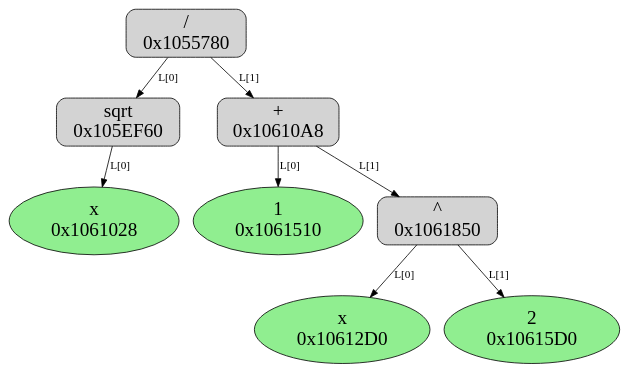
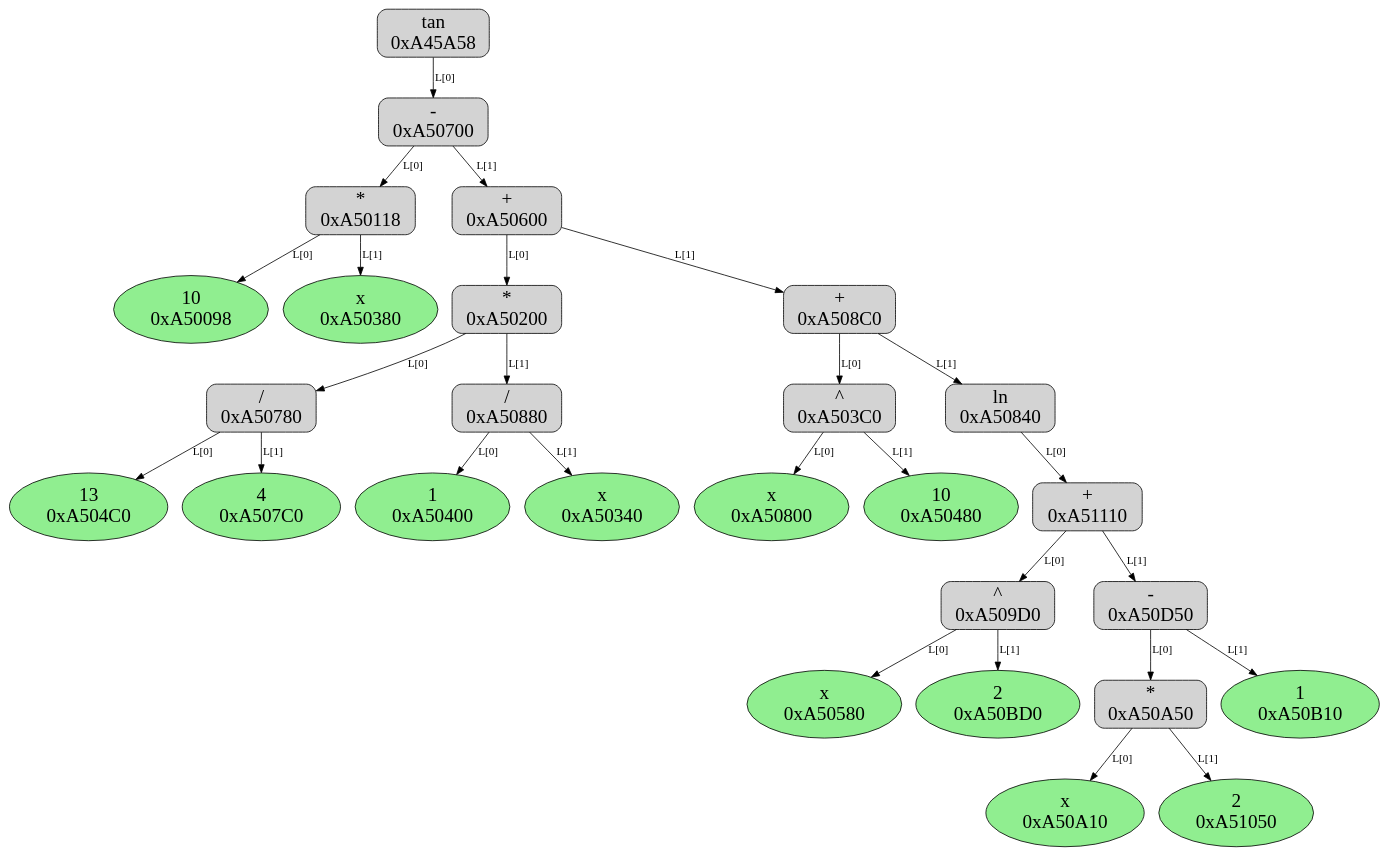
Before and after one commit to Nechda/Techno_track: the diagram in Differentiator/originalTree.dot, drawn with Graphviz. The commit also changed 10 other files, not shown here.

```diff
--- a/Differentiator/originalTree.dot
+++ b/Differentiator/originalTree.dot
@@ -1,41 +1,136 @@
 digraph{
 node [color = "black", fontsize = 24, shape = "box", style = "filled, rounded", fillcolor = "lightgray"]
 edge [color = "black", fontsize = 24]
+"10
+0xA50098" [shape = "ellipse", fillcolor = "lightgreen"] 
 "x
-0x1061028" [shape = "ellipse", fillcolor = "lightgreen"] 
- "sqrt
-0x105EF60" 
- "sqrt
-0x105EF60" ->  "x
-0x1061028" [label = "L[0]", fontsize = 14] 
+0xA50380" [shape = "ellipse", fillcolor = "lightgreen"] 
+ "*
+0xA50118" 
+ "*
+0xA50118" ->  "10
+0xA50098" [label = "L[0]", fontsize = 14] 
+ "*
+0xA50118" ->  "x
+0xA50380" [label = "L[1]", fontsize = 14] 
+"13
+0xA504C0" [shape = "ellipse", fillcolor = "lightgreen"] 
+"4
+0xA507C0" [shape = "ellipse", fillcolor = "lightgreen"] 
+ "/
+0xA50780" 
+ "/
+0xA50780" ->  "13
+0xA504C0" [label = "L[0]", fontsize = 14] 
+ "/
+0xA50780" ->  "4
+0xA507C0" [label = "L[1]", fontsize = 14] 
 "1
-0x1061510" [shape = "ellipse", fillcolor = "lightgreen"] 
+0xA50400" [shape = "ellipse", fillcolor = "lightgreen"] 
 "x
-0x10612D0" [shape = "ellipse", fillcolor = "lightgreen"] 
+0xA50340" [shape = "ellipse", fillcolor = "lightgreen"] 
+ "/
+0xA50880" 
+ "/
+0xA50880" ->  "1
+0xA50400" [label = "L[0]", fontsize = 14] 
+ "/
+0xA50880" ->  "x
+0xA50340" [label = "L[1]", fontsize = 14] 
+ "*
+0xA50200" 
+ "*
+0xA50200" ->  "/
+0xA50780" [label = "L[0]", fontsize = 14] 
+ "*
+0xA50200" ->  "/
+0xA50880" [label = "L[1]", fontsize = 14] 
+"x
+0xA50800" [shape = "ellipse", fillcolor = "lightgreen"] 
+"10
+0xA50480" [shape = "ellipse", fillcolor = "lightgreen"] 
+ "^
+0xA503C0" 
+ "^
+0xA503C0" ->  "x
+0xA50800" [label = "L[0]", fontsize = 14] 
+ "^
+0xA503C0" ->  "10
+0xA50480" [label = "L[1]", fontsize = 14] 
+"x
+0xA50580" [shape = "ellipse", fillcolor = "lightgreen"] 
 "2
-0x10615D0" [shape = "ellipse", fillcolor = "lightgreen"] 
+0xA50BD0" [shape = "ellipse", fillcolor = "lightgreen"] 
  "^
-0x1061850" 
+0xA509D0" 
  "^
-0x1061850" ->  "x
-0x10612D0" [label = "L[0]", fontsize = 14] 
+0xA509D0" ->  "x
+0xA50580" [label = "L[0]", fontsize = 14] 
  "^
-0x1061850" ->  "2
-0x10615D0" [label = "L[1]", fontsize = 14] 
+0xA509D0" ->  "2
+0xA50BD0" [label = "L[1]", fontsize = 14] 
+"x
+0xA50A10" [shape = "ellipse", fillcolor = "lightgreen"] 
+"2
+0xA51050" [shape = "ellipse", fillcolor = "lightgreen"] 
+ "*
+0xA50A50" 
+ "*
+0xA50A50" ->  "x
+0xA50A10" [label = "L[0]", fontsize = 14] 
+ "*
+0xA50A50" ->  "2
+0xA51050" [label = "L[1]", fontsize = 14] 
+"1
+0xA50B10" [shape = "ellipse", fillcolor = "lightgreen"] 
+ "-
+0xA50D50" 
+ "-
+0xA50D50" ->  "*
+0xA50A50" [label = "L[0]", fontsize = 14] 
+ "-
+0xA50D50" ->  "1
+0xA50B10" [label = "L[1]", fontsize = 14] 
  "+
-0x10610A8" 
+0xA51110" 
  "+
-0x10610A8" ->  "1
-0x1061510" [label = "L[0]", fontsize = 14] 
+0xA51110" ->  "^
+0xA509D0" [label = "L[0]", fontsize = 14] 
  "+
-0x10610A8" ->  "^
-0x1061850" [label = "L[1]", fontsize = 14] 
- "/
-0x1055780" 
- "/
-0x1055780" ->  "sqrt
-0x105EF60" [label = "L[0]", fontsize = 14] 
- "/
-0x1055780" ->  "+
-0x10610A8" [label = "L[1]", fontsize = 14] 
+0xA51110" ->  "-
+0xA50D50" [label = "L[1]", fontsize = 14] 
+ "ln
+0xA50840" 
+ "ln
+0xA50840" ->  "+
+0xA51110" [label = "L[0]", fontsize = 14] 
+ "+
+0xA508C0" 
+ "+
+0xA508C0" ->  "^
+0xA503C0" [label = "L[0]", fontsize = 14] 
+ "+
+0xA508C0" ->  "ln
+0xA50840" [label = "L[1]", fontsize = 14] 
+ "+
+0xA50600" 
+ "+
+0xA50600" ->  "*
+0xA50200" [label = "L[0]", fontsize = 14] 
+ "+
+0xA50600" ->  "+
+0xA508C0" [label = "L[1]", fontsize = 14] 
+ "-
+0xA50700" 
+ "-
+0xA50700" ->  "*
+0xA50118" [label = "L[0]", fontsize = 14] 
+ "-
+0xA50700" ->  "+
+0xA50600" [label = "L[1]", fontsize = 14] 
+ "tan
+0xA45A58" 
+ "tan
+0xA45A58" ->  "-
+0xA50700" [label = "L[0]", fontsize = 14] 
 }
```
